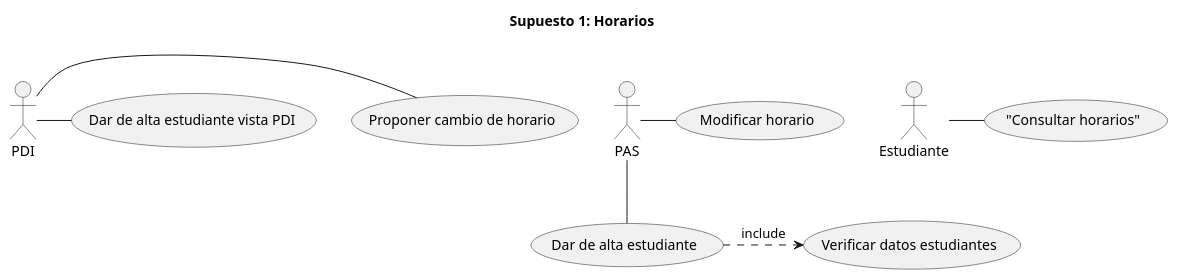
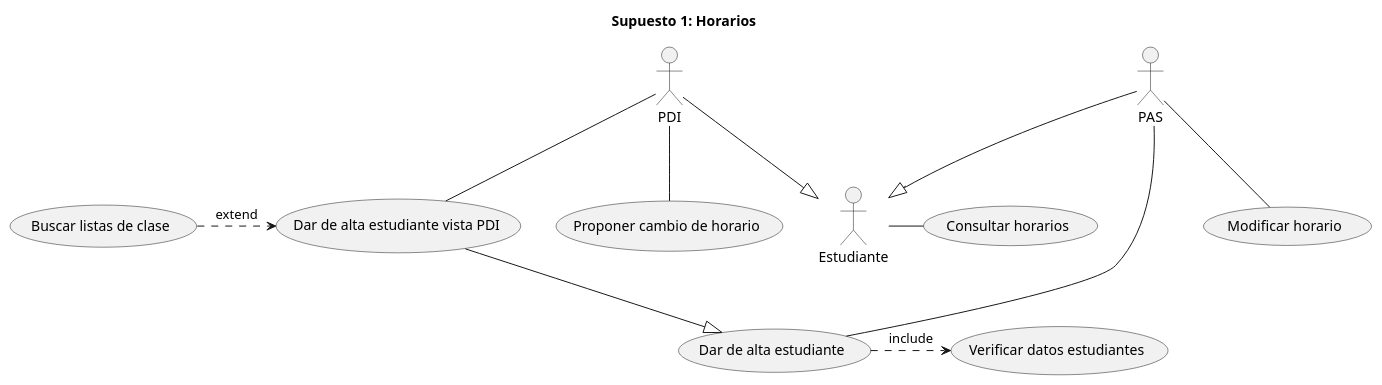
The diagram in lab0/src/horarios.puml (ags000/INRE-UAL-TURQUESA-2022), drawn with PlantUML before and after one commit.

Commit message:
Ejercicio 1

```diff
--- a/lab0/src/horarios.puml
+++ b/lab0/src/horarios.puml
@@ -1,12 +1,16 @@
 @startuml horarios
 title Supuesto 1: Horarios
 :PDI:
 :PAS:
 :Estudiante:
-PDI - (Proponer cambio de horario)
-PDI - (Dar de alta estudiante vista PDI)
+Estudiante - (Consultar horarios)
+PDI -- (Proponer cambio de horario)
+PDI -- (Dar de alta estudiante vista PDI)
+(Dar de alta estudiante vista PDI) --|> (Dar de alta estudiante)  
+(Buscar listas de clase) .> (Dar de alta estudiante vista PDI) : extend
 PAS -- (Dar de alta estudiante) 
 (Dar de alta estudiante) .> (Verificar datos estudiantes) : include
-PAS - (Modificar horario) 
-Estudiante - ("Consultar horarios")
+PAS -- (Modificar horario) 
+PDI --|> Estudiante
+PAS --|> Estudiante
 @enduml
```
